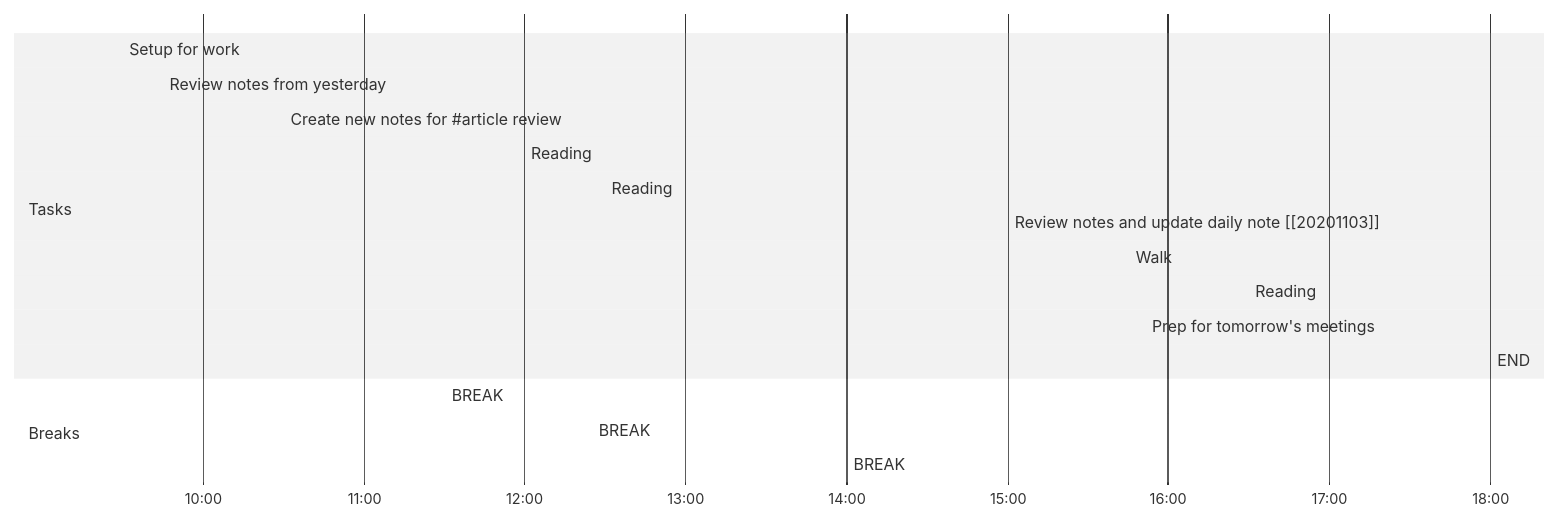
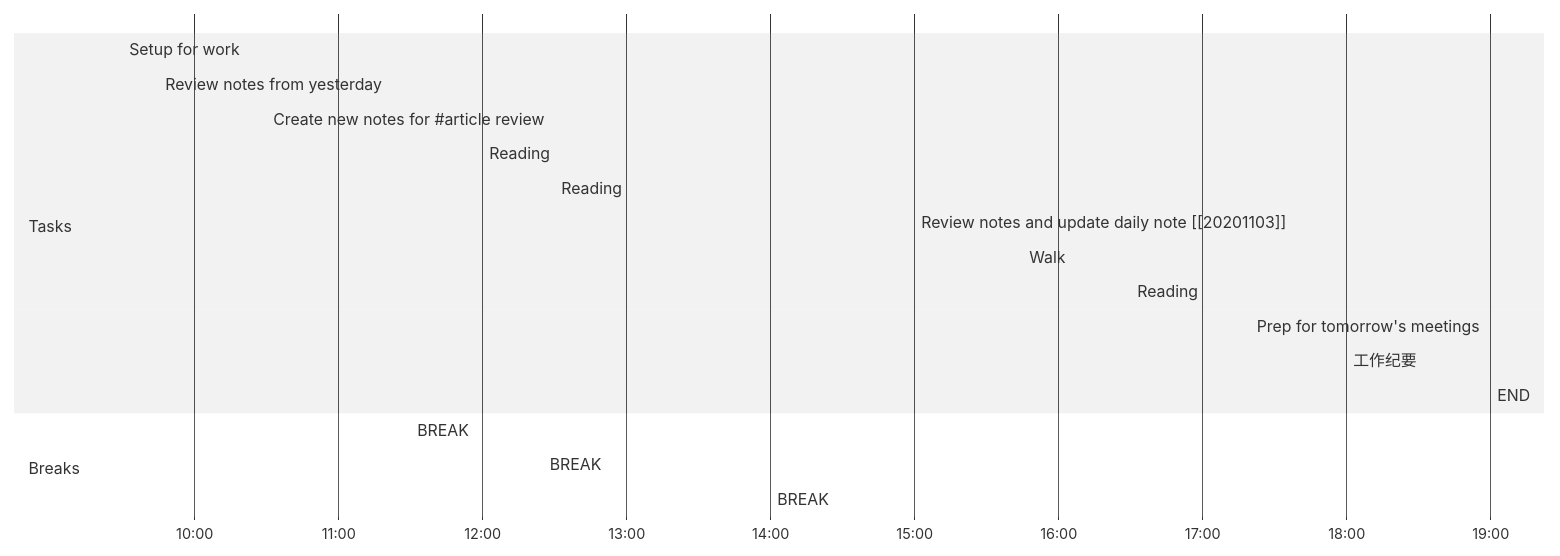
Before and after one commit to iT-Boyer/Obsidian: the diagram in Journal/Day Planners/Day Planner-20210203.md, drawn with Mermaid (neutral theme). The commit also changed 1 other file, not shown here.

````diff
--- a/Journal/Day Planners/Day Planner-20210203.md
+++ b/Journal/Day Planners/Day Planner-20210203.md
@@ -2,21 +2,22 @@
 ```mermaid
 gantt
     dateFormat  HH-mm
     axisFormat %H:%M
-    %% Current Time: 下午6:16:09
+    %% Current Time: 下午6:17:13
     section Tasks
     Setup for work     :09-30, 15mm
     Review notes from yesterday     :09-45, 45mm
     Create new notes for #35;article review     :10-30, 60mm
     Reading     :12-00, 25mm
     Reading     :12-30, 90mm
     Review notes and update daily note [[20201103]]     :15-00, 45mm
     Walk     :15-45, 45mm
     Reading     :16-30, 50mm
     Prep for tomorrow's meetings     :17-20, 40mm
-    END     :18-00, 0mm
+    工作纪要     :18-00, 60mm
+    END     :19-00, 0mm
     section Breaks
     BREAK     :11-30, 30mm
     BREAK     :12-25, 5mm
     BREAK     :14-00, 60mm
 ```
````
